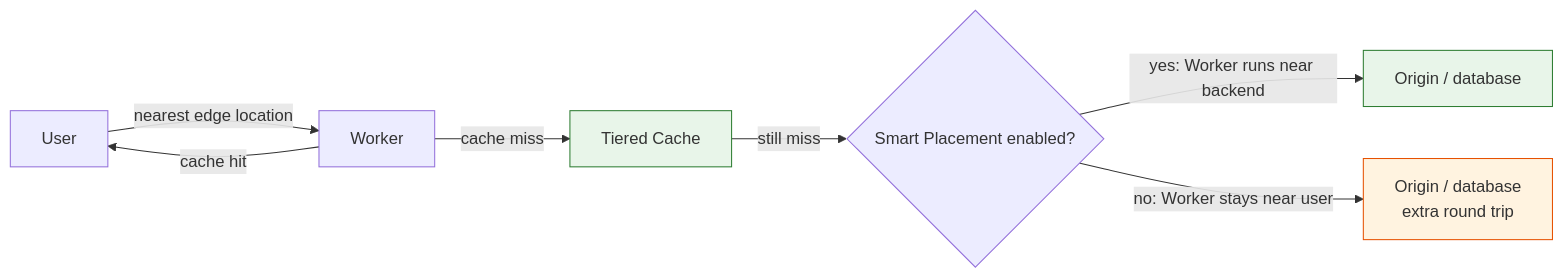
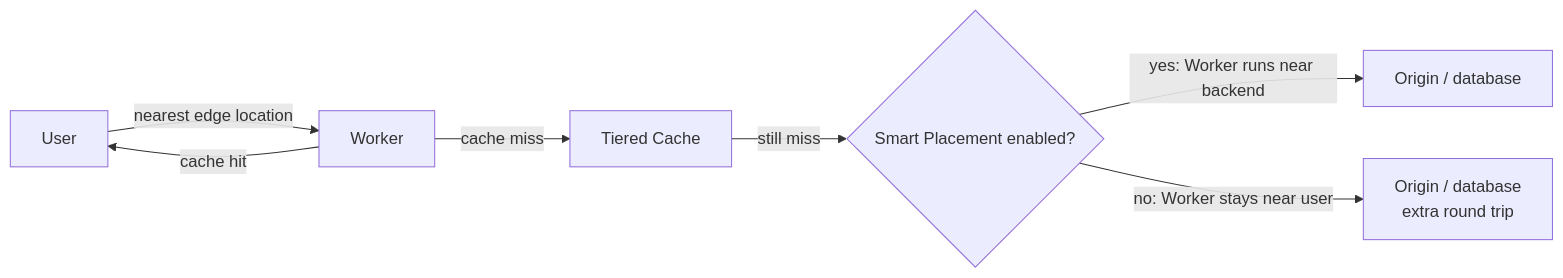
The diagram in docs/pillars/performance-efficiency.md (kevinevans1/cloudflare-well-architected), drawn with Mermaid before and after one commit. The commit also changed 5 other files, not shown here.

Commit message:
Remove hardcoded Mermaid node colors causing readability issues; let diagrams use Material's theme-aware rendering

````diff
--- a/docs/pillars/performance-efficiency.md
+++ b/docs/pillars/performance-efficiency.md
@@ -9,13 +9,10 @@
 ```mermaid
 flowchart LR
     U[User] -->|nearest edge location| W[Worker]
     W -->|cache hit| U
     W -->|cache miss| TC[Tiered Cache]
     TC -->|still miss| SP{Smart Placement enabled?}
     SP -->|yes: Worker runs near backend| O[Origin / database]
     SP -->|no: Worker stays near user| O2[Origin / database<br/>extra round trip]
 
-    style TC fill:#e8f5e9,stroke:#2e7d32,stroke-width:1px
-    style O fill:#e8f5e9,stroke:#2e7d32,stroke-width:1px
-    style O2 fill:#fff3e0,stroke:#e65100,stroke-width:1px
 ```
````
